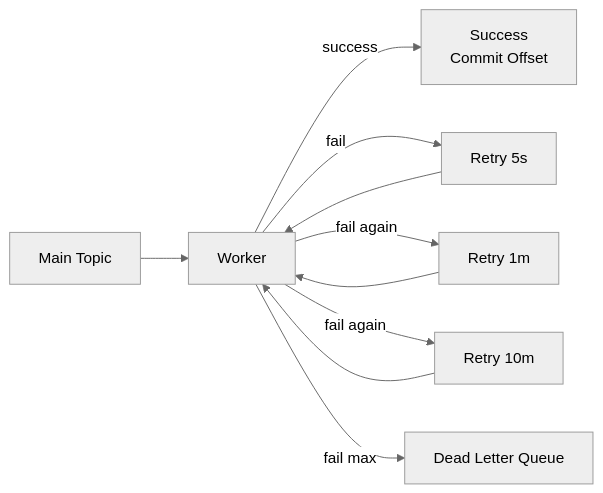
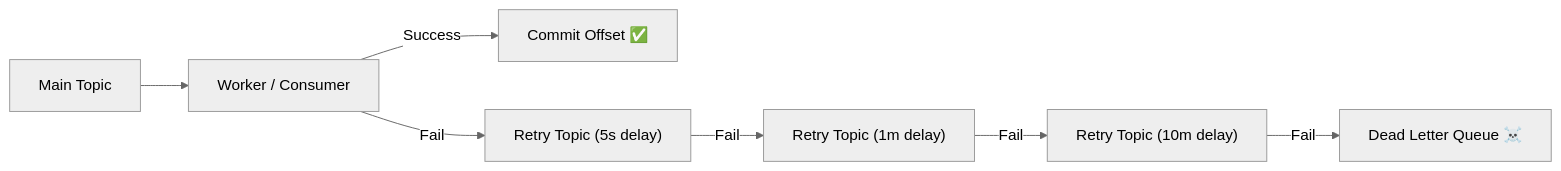
Before and after one commit to aprillnorthcutt/Learn-System-Design-Architecture: the fifth of 6 diagrams in Key-Technologies/Kafka-Complete-Guide.md, drawn with Mermaid (neutral theme). The commit also changed other lines of this file, not shown here.

````diff
--- a/Key-Technologies/Kafka-Complete-Guide.md
+++ b/Key-Technologies/Kafka-Complete-Guide.md
@@ -146,20 +153,10 @@
 ```mermaid
 flowchart LR
-  IN["Main Topic"]
-  W["Worker"]
-  OK["Success<br>Commit Offset"]
-  R1["Retry 5s"]
-  R2["Retry 1m"]
-  R3["Retry 10m"]
-  DLQ["Dead Letter Queue"]
+  MAIN["Main Topic"] --> WORKER["Worker / Consumer"]
+  WORKER -->|Success| COMMIT["Commit Offset ✅"]
+  WORKER -->|Fail| RETRY_1["Retry Topic (5s delay)"]
+  RETRY_1 -->|Fail| RETRY_2["Retry Topic (1m delay)"]
+  RETRY_2 -->|Fail| RETRY_3["Retry Topic (10m delay)"]
+  RETRY_3 -->|Fail| DLQ["Dead Letter Queue ☠️"]
 
-  IN --> W
-  W -->|success| OK
-  W -->|fail| R1
-  R1 --> W
-  W -->|fail again| R2
-  R2 --> W
-  W -->|fail again| R3
-  R3 --> W
-  W -->|fail max| DLQ
 ```
````
